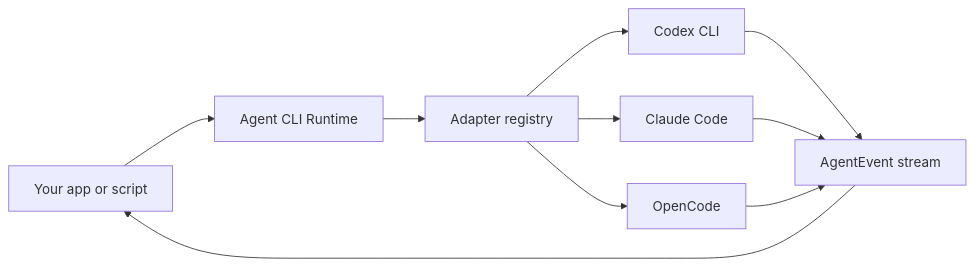
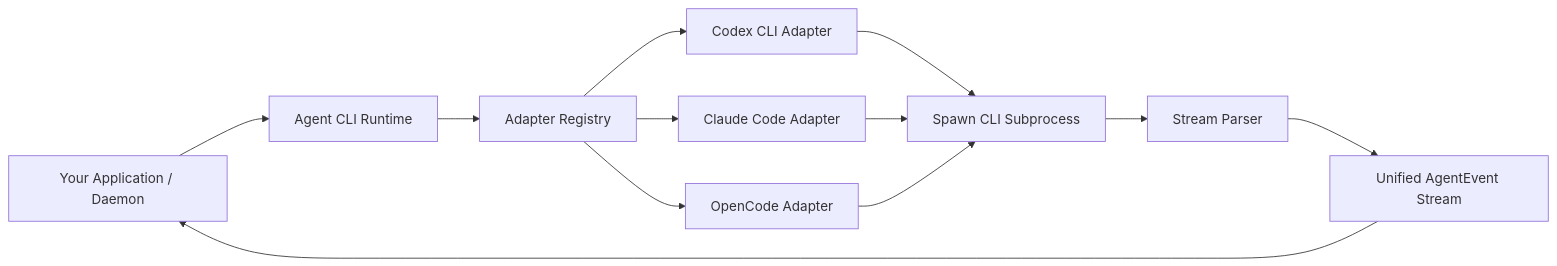
Before and after one commit to iiwish/agent-cli-runtime: the diagram in README.md, drawn with Mermaid. The commit also changed other lines of this file and 16 other files, not shown here.

````diff
--- a/README.md
+++ b/README.md
@@ -560,12 +153,16 @@
 ```mermaid
 flowchart LR
-  App["Your app or script"] --> Runtime["Agent CLI Runtime"]
-  Runtime --> Registry["Adapter registry"]
-  Registry --> Codex["Codex CLI"]
-  Registry --> Claude["Claude Code"]
-  Registry --> OpenCode["OpenCode"]
-  Codex --> Events["AgentEvent stream"]
-  Claude --> Events
-  OpenCode --> Events
+  App["Your Application / Daemon"] --> Runtime["Agent CLI Runtime"]
+  Runtime --> Registry["Adapter Registry"]
+  Registry --> Codex["Codex CLI Adapter"]
+  Registry --> Claude["Claude Code Adapter"]
+  Registry --> OpenCode["OpenCode Adapter"]
+
+  Codex --> Subprocess["Spawn CLI Subprocess"]
+  Claude --> Subprocess
+  OpenCode --> Subprocess
+
+  Subprocess --> Parser["Stream Parser"]
+  Parser --> Events["Unified AgentEvent Stream"]
   Events --> App
 ```
````
